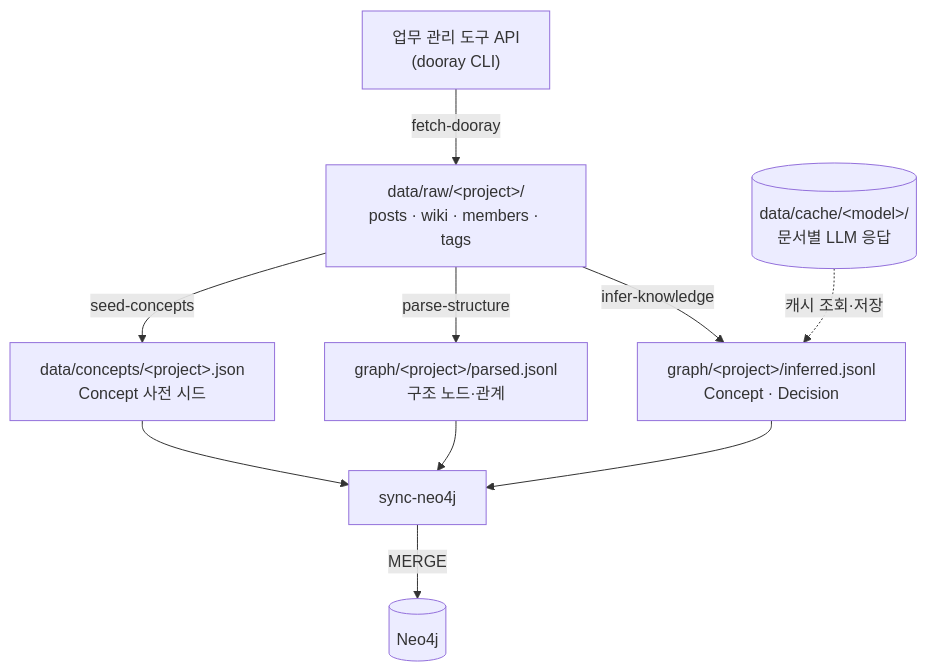
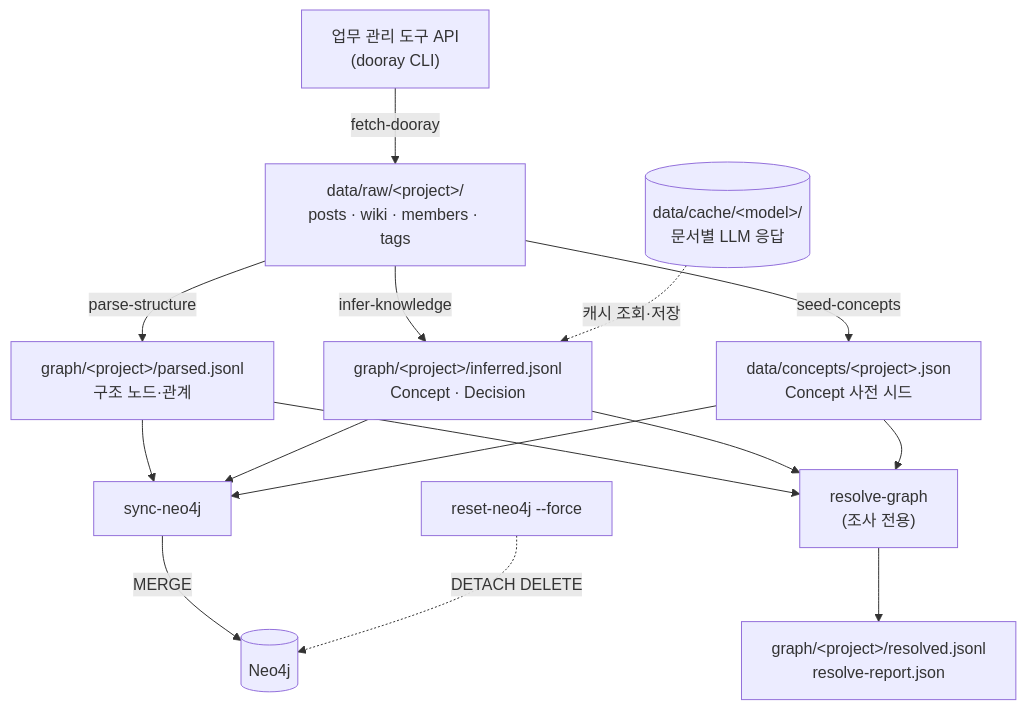
One commit to jon890/devloop-v2 changed the first of 2 diagrams in docs/flow.md. Above: the diagram before and after it, drawn with Mermaid. The commit also changed other lines of this file and 4 other files, not shown here.

````diff
--- a/docs/flow.md
+++ b/docs/flow.md
@@ -12,16 +12,22 @@
 ```mermaid
 flowchart TD
     D["업무 관리 도구 API<br/>(dooray CLI)"] -->|fetch-dooray| RAW["data/raw/&lt;project&gt;/<br/>posts · wiki · members · tags"]
 
     RAW -->|"seed-concepts"| DICT["data/concepts/&lt;project&gt;.json<br/>Concept 사전 시드"]
     RAW -->|"parse-structure"| PARSED["graph/&lt;project&gt;/parsed.jsonl<br/>구조 노드·관계"]
     RAW -->|"infer-knowledge"| INFERRED["graph/&lt;project&gt;/inferred.jsonl<br/>Concept · Decision"]
 
     CACHE[("data/cache/&lt;model&gt;/<br/>문서별 LLM 응답")] -.->|캐시 조회·저장| INFERRED
 
     PARSED --> SYNC["sync-neo4j"]
     INFERRED --> SYNC
     DICT --> SYNC
 
+    PARSED --> RG["resolve-graph<br/>(조사 전용)"]
+    INFERRED --> RG
+    DICT --> RG
+    RG --> RJ["graph/&lt;project&gt;/resolved.jsonl<br/>resolve-report.json"]
+
     SYNC -->|MERGE| NEO[("Neo4j")]
+    RESET["reset-neo4j --force"] -.->|DETACH DELETE| NEO
 ```
````
